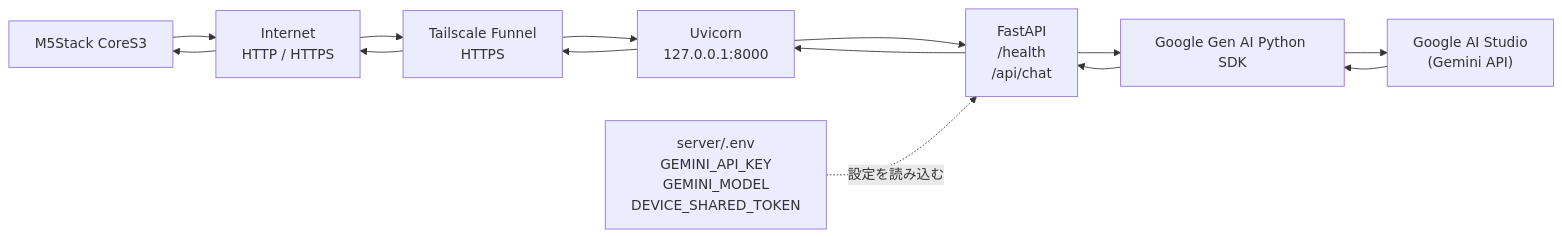
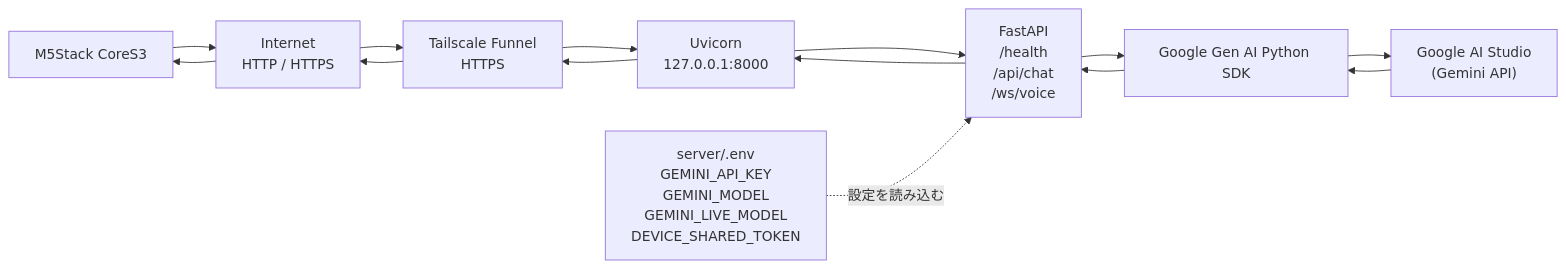
The diagram in README.md (u-akira/ai-edge-server), drawn with Mermaid before and after one commit. The commit also changed other lines of this file and 7 other files, not shown here.

Commit message:
Add realtime CoreS3 voice chat

````diff
--- a/README.md
+++ b/README.md
@@ -31,17 +29,17 @@
 ```mermaid
 flowchart LR
     device["M5Stack CoreS3"]
     edge["Internet<br/>HTTP / HTTPS"]
     proxy["Tailscale Funnel<br/>HTTPS"]
     app["Uvicorn<br/>127.0.0.1:8000"]
-    fastapi["FastAPI<br/>/health<br/>/api/chat"]
-    env["server/.env<br/>GEMINI_API_KEY<br/>GEMINI_MODEL<br/>DEVICE_SHARED_TOKEN"]
+    fastapi["FastAPI<br/>/health<br/>/api/chat<br/>/ws/voice"]
+    env["server/.env<br/>GEMINI_API_KEY<br/>GEMINI_MODEL<br/>GEMINI_LIVE_MODEL<br/>DEVICE_SHARED_TOKEN"]
     sdk["Google Gen AI Python SDK"]
     gemini["Google AI Studio<br/>(Gemini API)"]
 
     device --> edge --> proxy --> app --> fastapi
     env -.->|設定を読み込む| fastapi
     fastapi --> sdk --> gemini
     gemini --> sdk --> fastapi
     fastapi --> app --> proxy --> edge --> device
 ```
````
